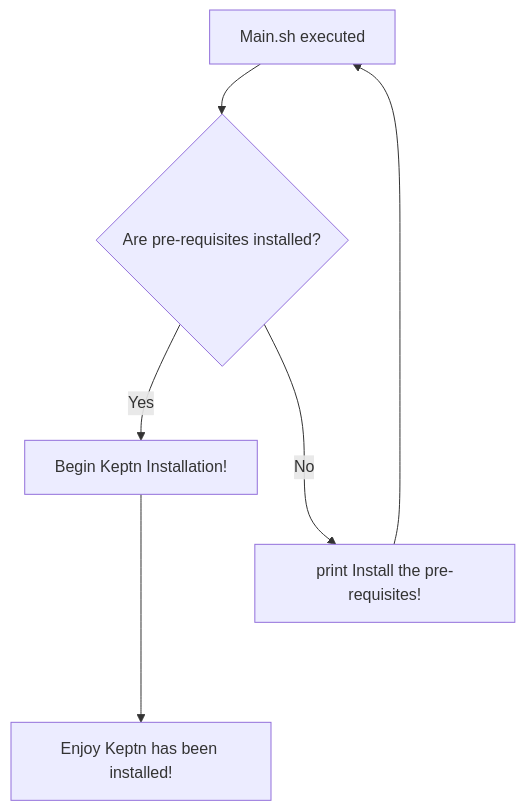
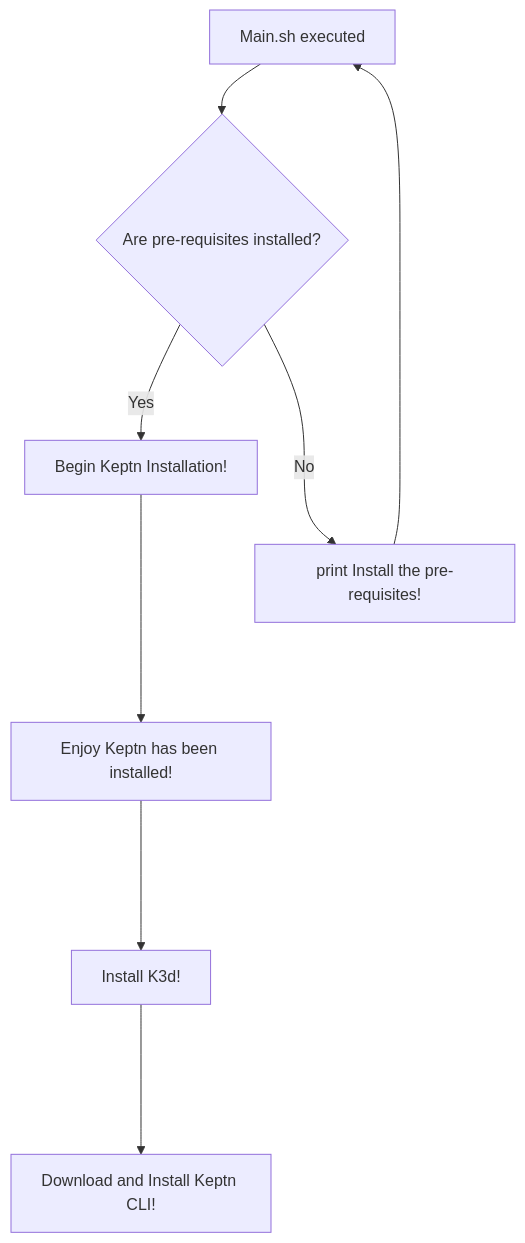
One commit to NashTech-Labs/Setup-Keptn-Using-Jenkins changed the diagram in README.md. Above: the diagram before and after it, drawn with Mermaid.

Commit message:
Updated Tech Hub with scripts and readme

````diff
--- a/README.md
+++ b/README.md
@@ -11,8 +11,10 @@
 ```mermaid
 flowchart TD
     A[Main.sh executed] --> B{Are pre-requisites installed?};
     B -- Yes --> C[Begin Keptn Installation!];
     B -- No --> D[print Install the pre-requisites!];
     C ----> E[Enjoy Keptn has been installed!];
     D ----> A[Main.sh executed];
+    E ----> F[Install K3d!];
+    F ----> G[Download and Install Keptn CLI!];
 ```
````
